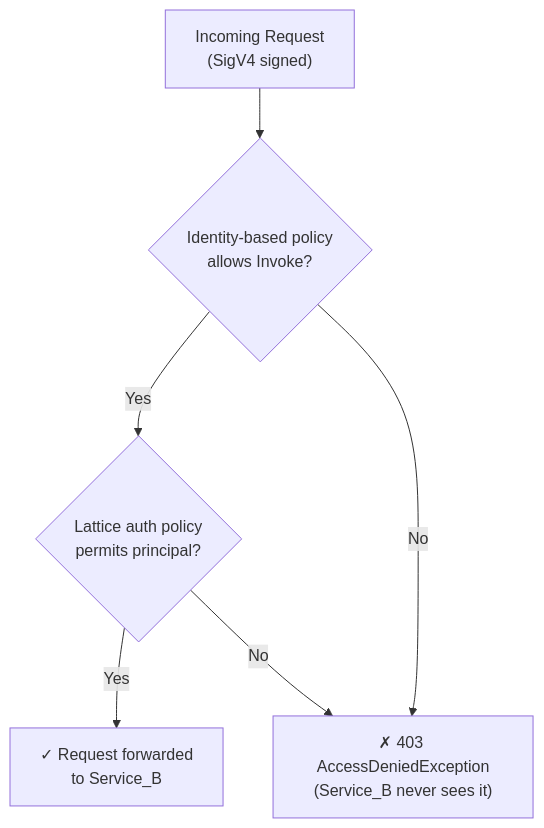
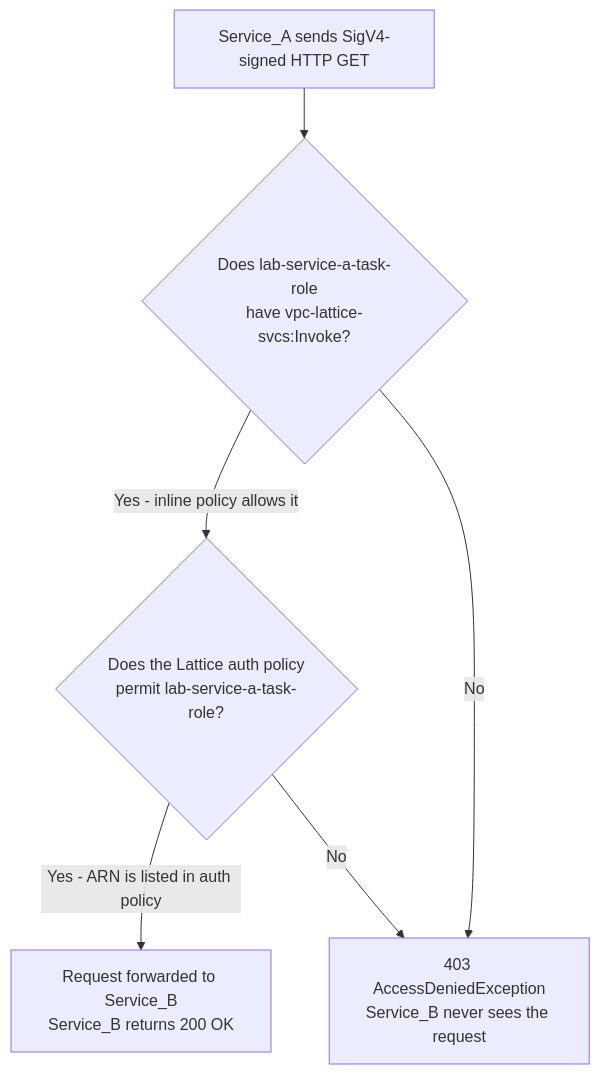
One commit to jmcmillan1873/aws_vpc_lattice_tutorial changed the fourth of 5 diagrams in docs/WALKTHROUGH.md. Above: the diagram before and after it, drawn with Mermaid. The commit also changed other lines of this file, not shown here.

````diff
--- a/docs/WALKTHROUGH.md
+++ b/docs/WALKTHROUGH.md
@@ -298,14 +355,14 @@
 ```mermaid
 graph TD
-    Request["Incoming Request<br/>(SigV4 signed)"]
-    Check1{"Identity-based policy<br/>allows Invoke?"}
-    Check2{"Lattice auth policy<br/>permits principal?"}
-    Allow["✓ Request forwarded<br/>to Service_B"]
-    Deny["✗ 403 AccessDeniedException<br/>(Service_B never sees it)"]
+    Request["Service_A sends SigV4-signed HTTP GET"]
+    Check1{"Does lab-service-a-task-role<br/>have vpc-lattice-svcs:Invoke?"}
+    Check2{"Does the Lattice auth policy<br/>permit lab-service-a-task-role?"}
+    Allow["Request forwarded to Service_B<br/>Service_B returns 200 OK"]
+    Deny["403 AccessDeniedException<br/>Service_B never sees the request"]
 
     Request --> Check1
-    Check1 -->|"Yes"| Check2
+    Check1 -->|"Yes - inline policy allows it"| Check2
     Check1 -->|"No"| Deny
-    Check2 -->|"Yes"| Allow
+    Check2 -->|"Yes - ARN is listed in auth policy"| Allow
     Check2 -->|"No"| Deny
 ```
````
